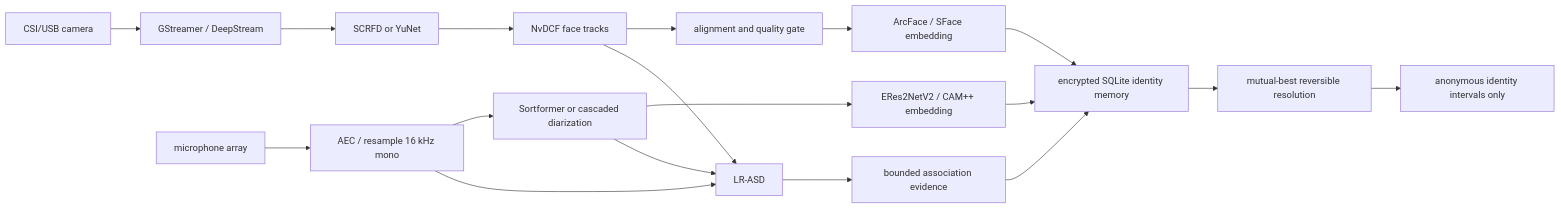
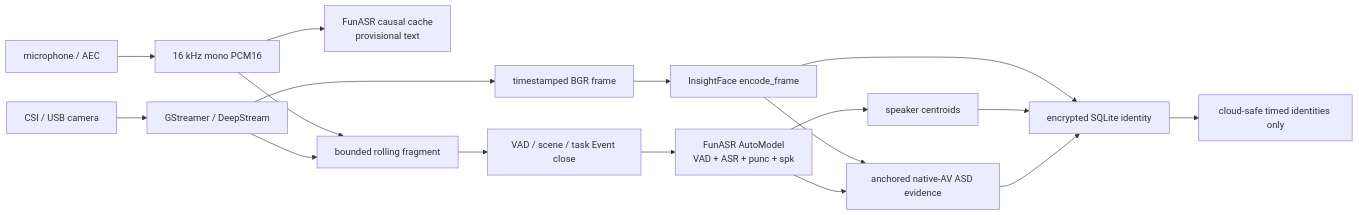
One commit to EventHorizon-Lab/MindBridge changed the diagram in docs/edge-identity-sota.md. Above: the diagram before and after it, drawn with Mermaid. The commit also changed other lines of this file and 34 other files, not shown here.

````diff
--- a/docs/edge-identity-sota.md
+++ b/docs/edge-identity-sota.md
@@ -286,22 +78,22 @@
 ```mermaid
 flowchart LR
-    CAM["CSI/USB camera"] --> DS["GStreamer / DeepStream"]
-    DS --> DET["SCRFD or YuNet"]
-    DET --> TRACK["NvDCF face tracks"]
-    TRACK --> QUALITY["alignment and quality gate"]
-    QUALITY --> FACE["ArcFace / SFace embedding"]
+    CAM["CSI / USB camera"] --> GST["GStreamer / DeepStream"]
+    GST --> FRAME["timestamped BGR frame"]
+    FRAME --> FACE["InsightFace encode_frame"]
 
-    MIC["microphone array"] --> AEC["AEC / resample 16 kHz mono"]
-    AEC --> DIAR["Sortformer or cascaded diarization"]
-    DIAR --> VOICE["ERes2NetV2 / CAM++ embedding"]
+    MIC["microphone / AEC"] --> PCM["16 kHz mono PCM16"]
+    PCM --> ONLINE["FunASR causal cache\nprovisional text"]
+    PCM --> ROLL["bounded rolling fragment"]
 
-    TRACK --> ASD["LR-ASD"]
-    AEC --> ASD
-    DIAR --> ASD
-    ASD --> EVIDENCE["bounded association evidence"]
-    FACE --> LOCAL["encrypted SQLite identity memory"]
-    VOICE --> LOCAL
-    EVIDENCE --> LOCAL
-    LOCAL --> RESOLVE["mutual-best reversible resolution"]
-    RESOLVE --> OUTBOX["anonymous identity intervals only"]
+    GST --> ROLL
+    ROLL --> GATE["VAD / scene / task Event close"]
+    GATE --> SPEECH["FunASR AutoModel\nVAD + ASR + punc + spk"]
+    SPEECH --> CENTROID["speaker centroids"]
+
+    FACE --> LOCAL["encrypted SQLite identity"]
+    CENTROID --> LOCAL
+    FACE --> ASD["anchored native-AV ASD evidence"]
+    SPEECH --> ASD
+    ASD --> LOCAL
+    LOCAL --> OUTBOX["cloud-safe timed identities only"]
 ```
````
